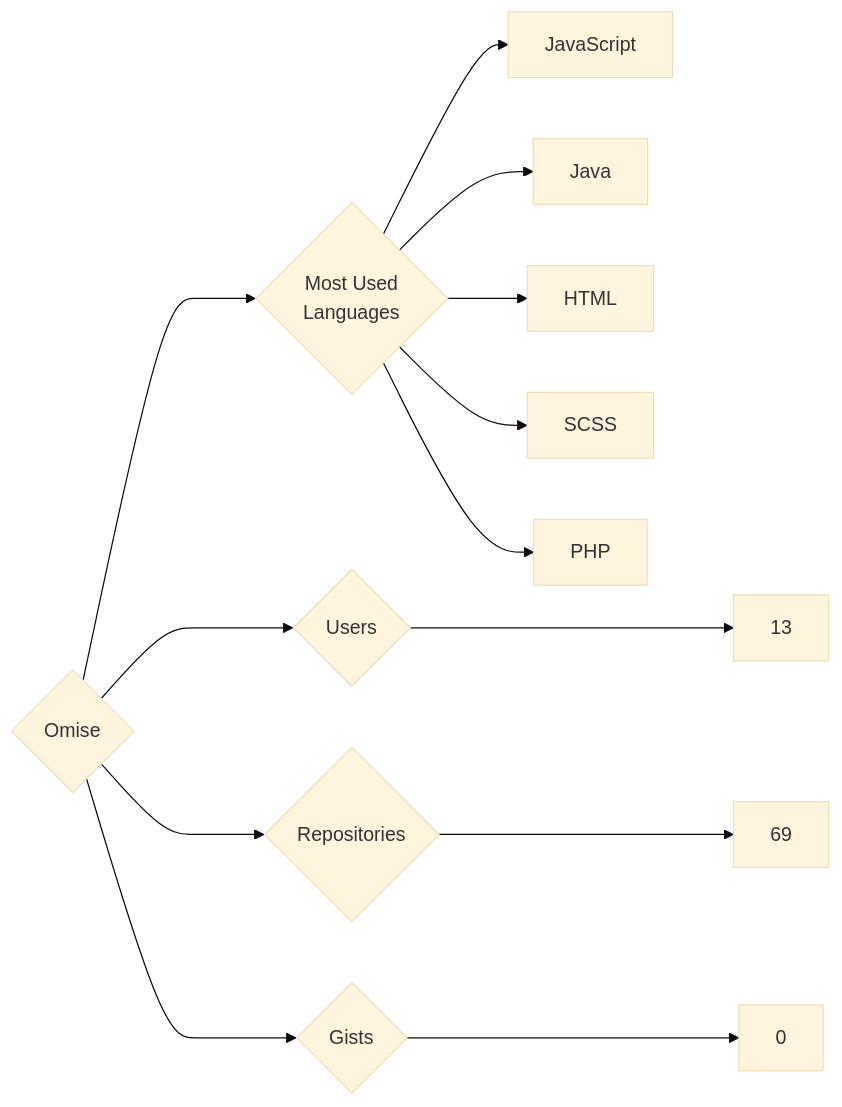
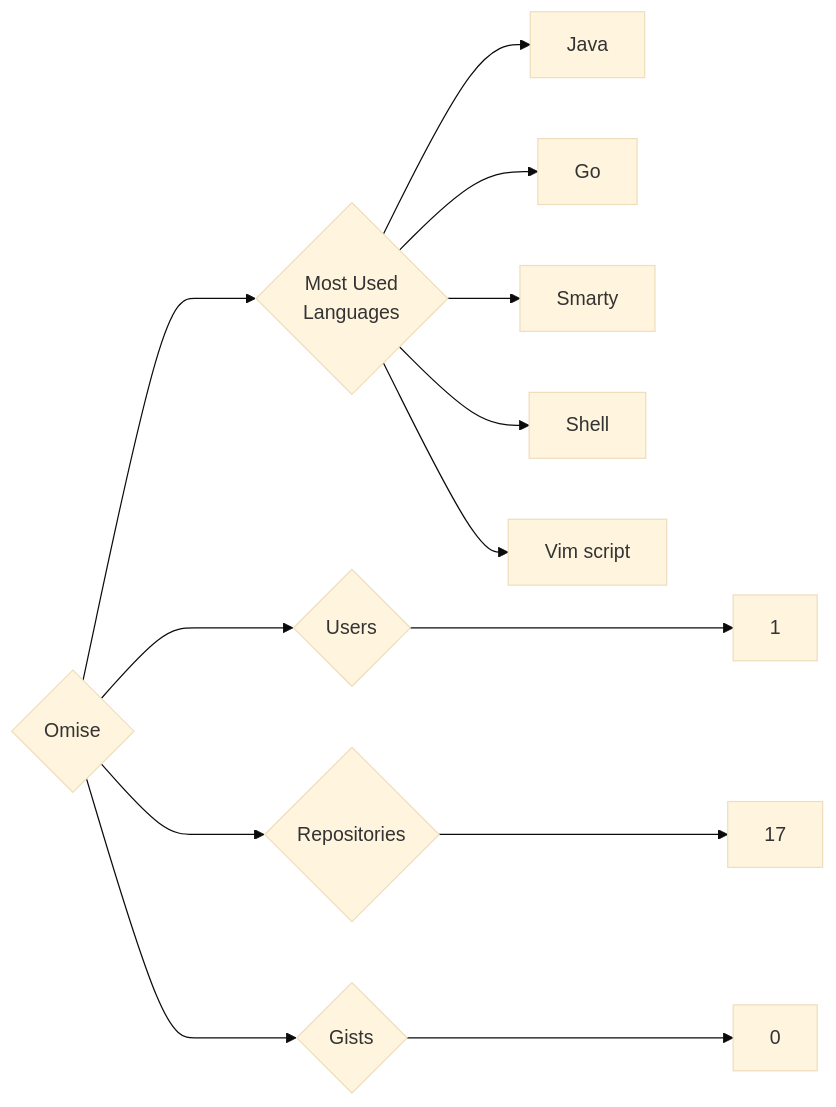
One commit to trickest/insiders changed the diagram in targets/Omise/README.md. Above: the diagram before and after it, drawn with Mermaid (base theme). The commit also changed 997 other files, not shown here.

````diff
--- a/targets/Omise/README.md
+++ b/targets/Omise/README.md
@@ -3,13 +3,13 @@
 ```mermaid
 graph LR
 COMPANY_NAME{Omise}
-COMPANY_NAME ---> U{Users} ---> UN[13]
-COMPANY_NAME ---> R{Repositories} ---> RN[69]
+COMPANY_NAME ---> U{Users} ---> UN[1]
+COMPANY_NAME ---> R{Repositories} ---> RN[17]
 COMPANY_NAME ---> G{Gists} ---> GN[0]
 COMPANY_NAME ---> ML{Most Used<br>Languages}
-ML --> JavaScript
-ML --> Java
-ML --> HTML
-ML --> SCSS
-ML --> PHP
+ML --> Java[Java]
+ML --> Go[Go]
+ML --> Smarty[Smarty]
+ML --> Shell[Shell]
+ML --> Vim_script[Vim script]
 ```
````
